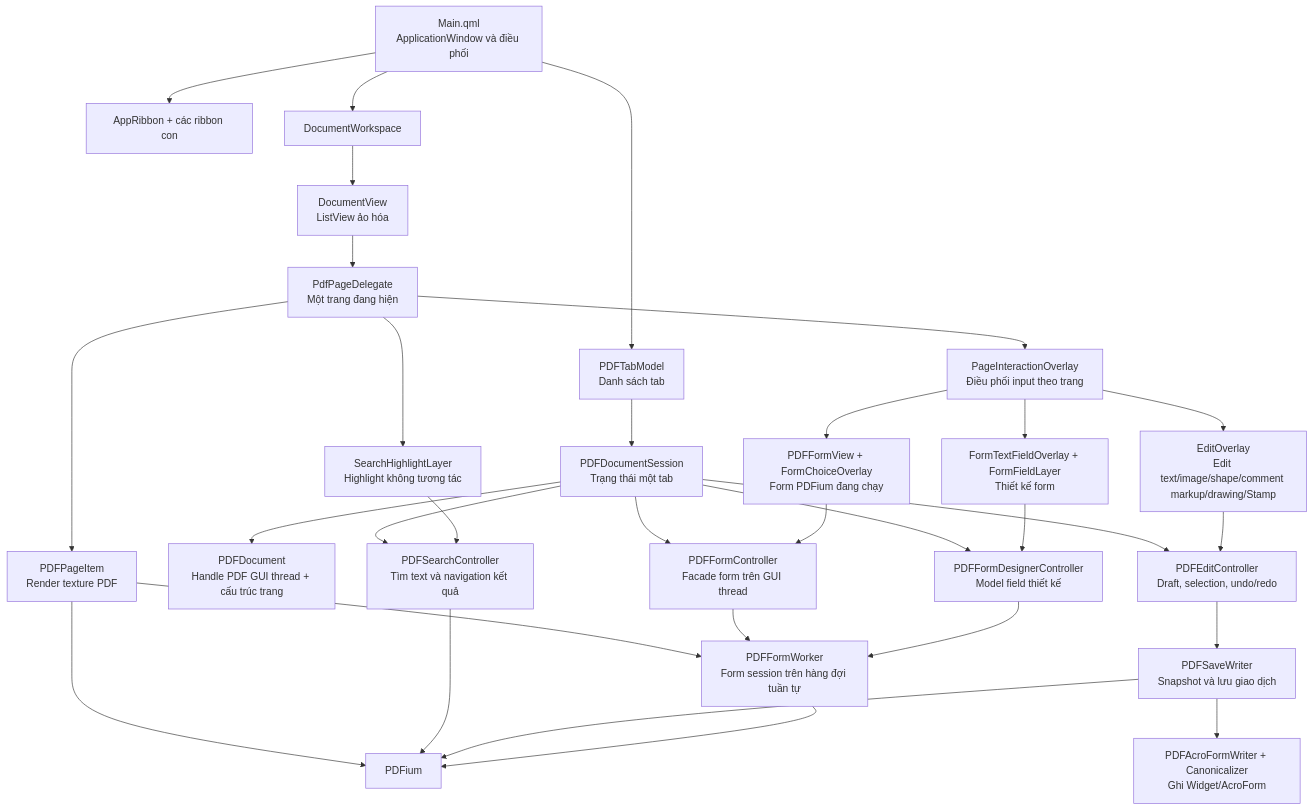
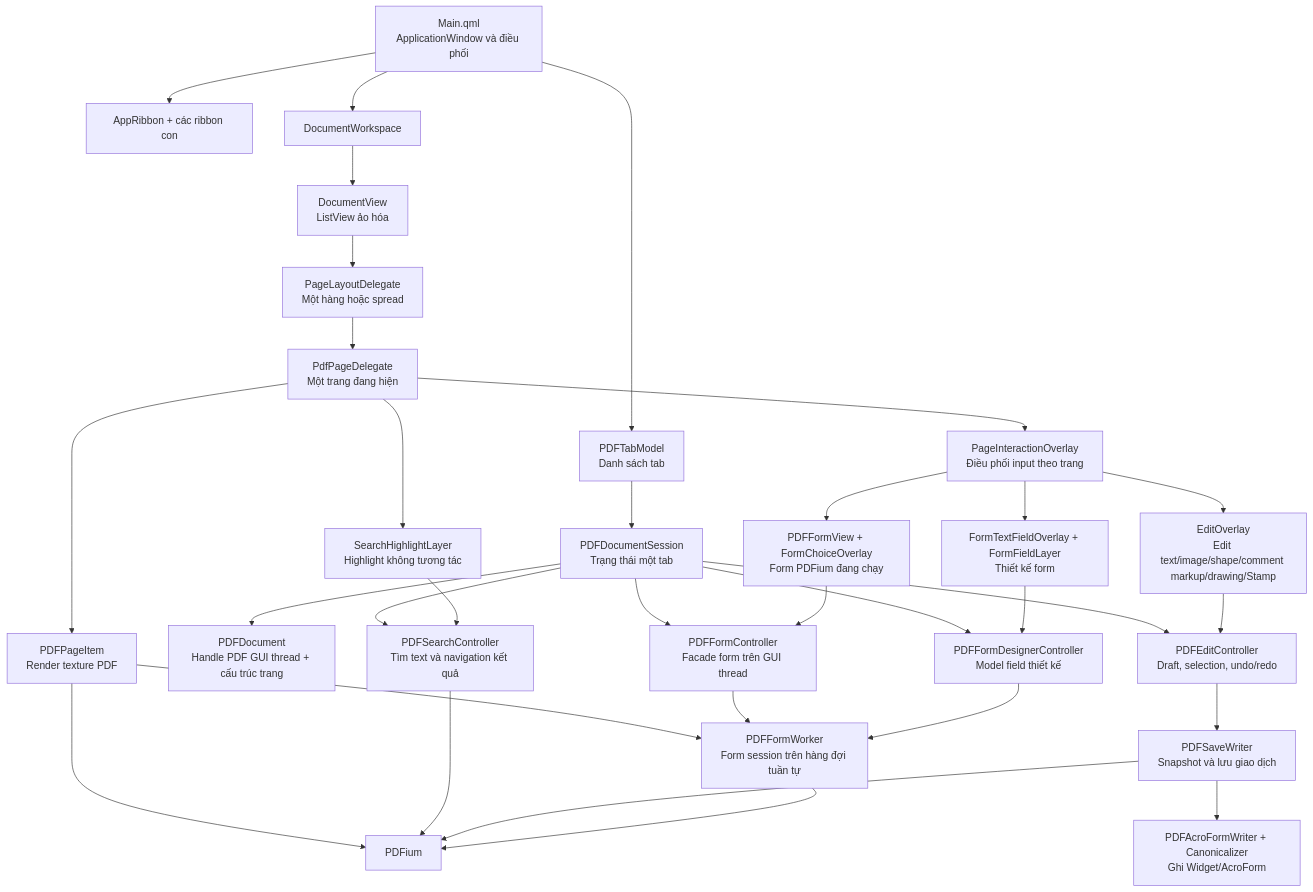
Before and after one commit to RaymondHuy/TrePDF: the diagram in docs/source-file-map.md, drawn with Mermaid. The commit also changed other lines of this file and 26 other files, not shown here.

````diff
--- a/docs/source-file-map.md
+++ b/docs/source-file-map.md
@@ -25,56 +25,58 @@
 ```mermaid
 flowchart TD
     Main["Main.qml\nApplicationWindow và điều phối"]
     Ribbon["AppRibbon + các ribbon con"]
     Tabs["PDFTabModel\nDanh sách tab"]
     Session["PDFDocumentSession\nTrạng thái một tab"]
     Workspace["DocumentWorkspace"]
     View["DocumentView\nListView ảo hóa"]
+    Layout["PageLayoutDelegate\nMột hàng hoặc spread"]
     Delegate["PdfPageDelegate\nMột trang đang hiện"]
     PageItem["PDFPageItem\nRender texture PDF"]
     SearchLayer["SearchHighlightLayer\nHighlight không tương tác"]
     Interaction["PageInteractionOverlay\nĐiều phối input theo trang"]
     EditOverlay["EditOverlay\nEdit text/image/shape/comment markup/drawing/Stamp"]
     FormView["PDFFormView + FormChoiceOverlay\nForm PDFium đang chạy"]
     Designer["FormTextFieldOverlay + FormFieldLayer\nThiết kế form"]
     Document["PDFDocument\nHandle PDF GUI thread + cấu trúc trang"]
     Edit["PDFEditController\nDraft, selection, undo/redo"]
     Search["PDFSearchController\nTìm text và navigation kết quả"]
     Form["PDFFormController\nFacade form trên GUI thread"]
     FormDesigner["PDFFormDesignerController\nModel field thiết kế"]
     Worker["PDFFormWorker\nForm session trên hàng đợi tuần tự"]
     Save["PDFSaveWriter\nSnapshot và lưu giao dịch"]
     Acro["PDFAcroFormWriter + Canonicalizer\nGhi Widget/AcroForm"]
     Pdfium["PDFium"]
 
     Main --> Ribbon
     Main --> Tabs
     Tabs --> Session
     Main --> Workspace
     Workspace --> View
-    View --> Delegate
+    View --> Layout
+    Layout --> Delegate
     Delegate --> PageItem
     Delegate --> SearchLayer
     Delegate --> Interaction
     Interaction --> EditOverlay
     Interaction --> FormView
     Interaction --> Designer
     Session --> Document
     Session --> Edit
     Session --> Search
     Session --> Form
     Session --> FormDesigner
     PageItem --> Worker
     PageItem --> Pdfium
     SearchLayer --> Search
     Search --> Pdfium
     EditOverlay --> Edit
     FormView --> Form
     Form --> Worker
     Designer --> FormDesigner
     FormDesigner --> Worker
     Edit --> Save
     Save --> Acro
     Save --> Pdfium
     Worker --> Pdfium
 ```
````
